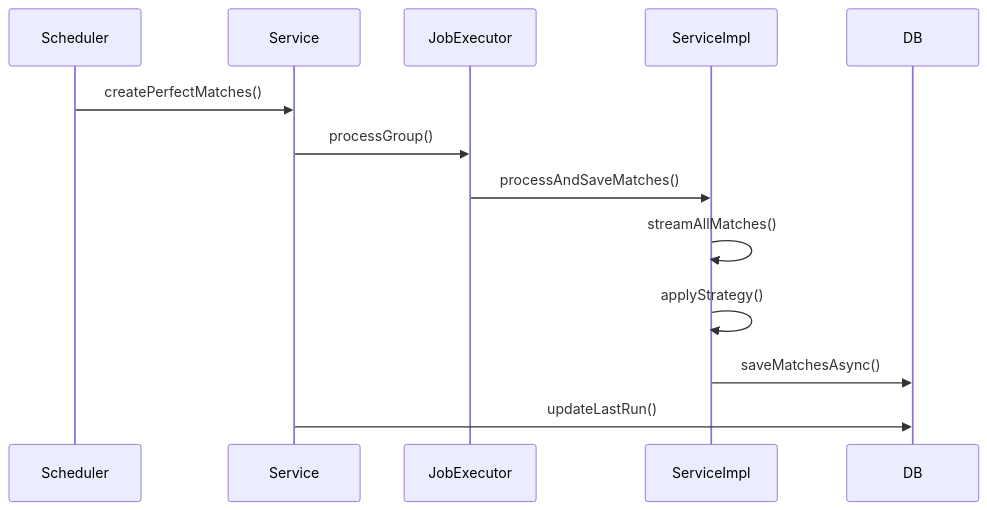
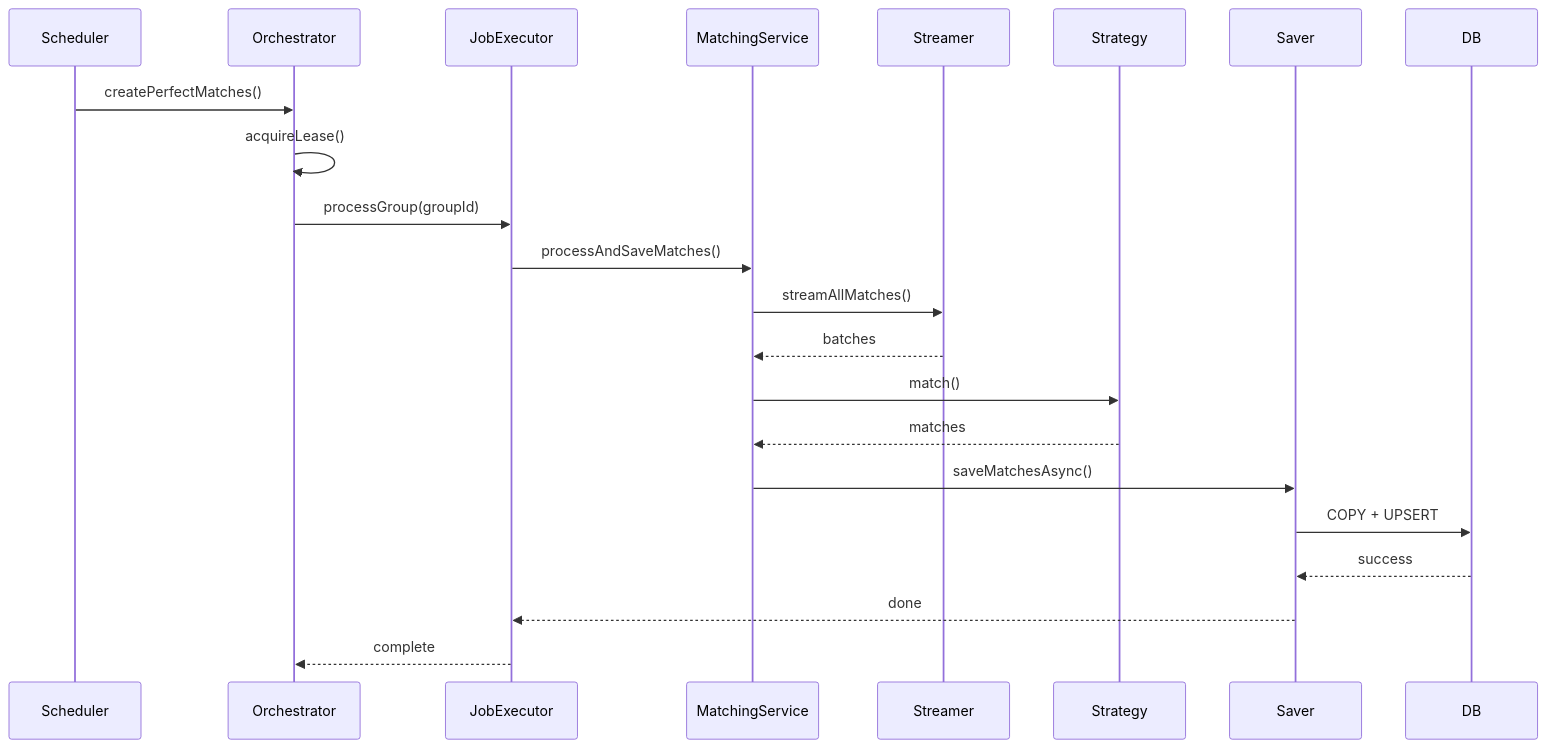
One commit to kagit00/schedule_x changed the first of 2 diagrams in docs/High Level Designs/ScheduledPerfectMatchesCreation.md. Above: the diagram before and after it, drawn with Mermaid. The commit also changed other lines of this file, not shown here.

````diff
--- a/docs/High Level Designs/ScheduledPerfectMatchesCreation.md
+++ b/docs/High Level Designs/ScheduledPerfectMatchesCreation.md
@@ -385,16 +283,25 @@
 ```mermaid
 sequenceDiagram
-    participant Scheduler
-    participant Service
-    participant JobExecutor
-    participant ServiceImpl
-    participant DB
+  participant Scheduler
+  participant Orchestrator
+  participant JobExecutor
+  participant MatchingService
+  participant Streamer
+  participant Strategy
+  participant Saver
+  participant DB
 
-    Scheduler->>Service: createPerfectMatches()
-    Service->>JobExecutor: processGroup()
-    JobExecutor->>ServiceImpl: processAndSaveMatches()
-    ServiceImpl->>ServiceImpl: streamAllMatches()
-    ServiceImpl->>ServiceImpl: applyStrategy()
-    ServiceImpl->>DB: saveMatchesAsync()
-    Service->>DB: updateLastRun()
+  Scheduler->>Orchestrator: createPerfectMatches()
+  Orchestrator->>Orchestrator: acquireLease()
+  Orchestrator->>JobExecutor: processGroup(groupId)
+  JobExecutor->>MatchingService: processAndSaveMatches()
+  MatchingService->>Streamer: streamAllMatches()
+  Streamer-->>MatchingService: batches
+  MatchingService->>Strategy: match()
+  Strategy-->>MatchingService: matches
+  MatchingService->>Saver: saveMatchesAsync()
+  Saver->>DB: COPY + UPSERT
+  DB-->>Saver: success
+  Saver-->>JobExecutor: done
+  JobExecutor-->>Orchestrator: complete
 ```
````
